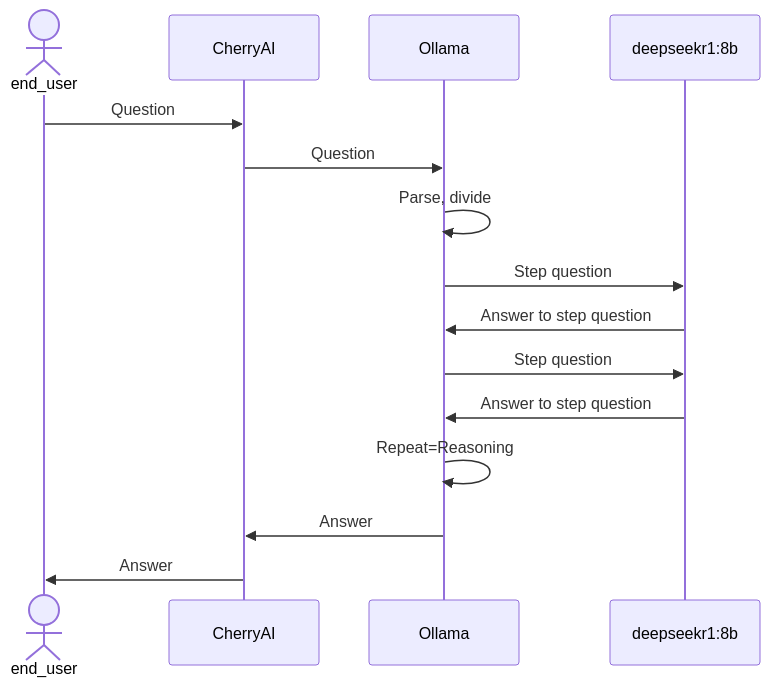
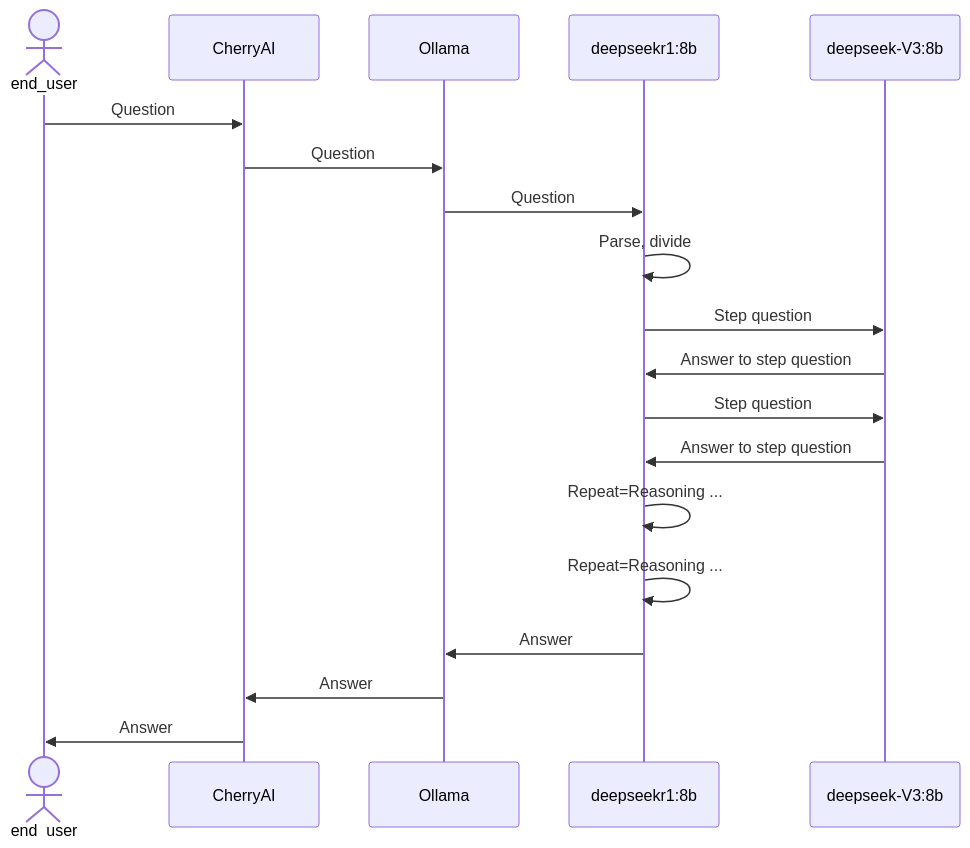
Before and after one commit to dj707chen/ChenNotes: the diagram in Deepseek/runLocally.md, drawn with Mermaid.

Commit message:
Correct diagram

````diff
--- a/Deepseek/runLocally.md
+++ b/Deepseek/runLocally.md
@@ -12,18 +12,22 @@
 ```mermaid
 sequenceDiagram
   actor USER as end_user
   participant UI as CherryAI
   participant SERVER as Ollama
-  participant LLM as deepseekr1:8b
+  participant R1 as deepseekr1:8b
+  participant LLM as deepseek-V3:8b
 
   USER->>UI: Question
   UI->>SERVER: Question
-  SERVER->>SERVER: Parse, divide
-  SERVER->>LLM: Step question
-  LLM->>SERVER: Answer to step question
-  SERVER->>LLM: Step question
-  LLM->>SERVER: Answer to step question
-  SERVER->>SERVER: Repeat=Reasoning
+  SERVER->>R1: Question
+  R1->>R1: Parse, divide
+  R1->>LLM: Step question
+  LLM->>R1: Answer to step question
+  R1->>LLM: Step question
+  LLM->>R1: Answer to step question
+  R1->>R1: Repeat=Reasoning ...
+  R1->>R1: Repeat=Reasoning ...
+  R1->>SERVER: Answer
   SERVER->>UI: Answer
   UI->>USER: Answer
 ```
````
